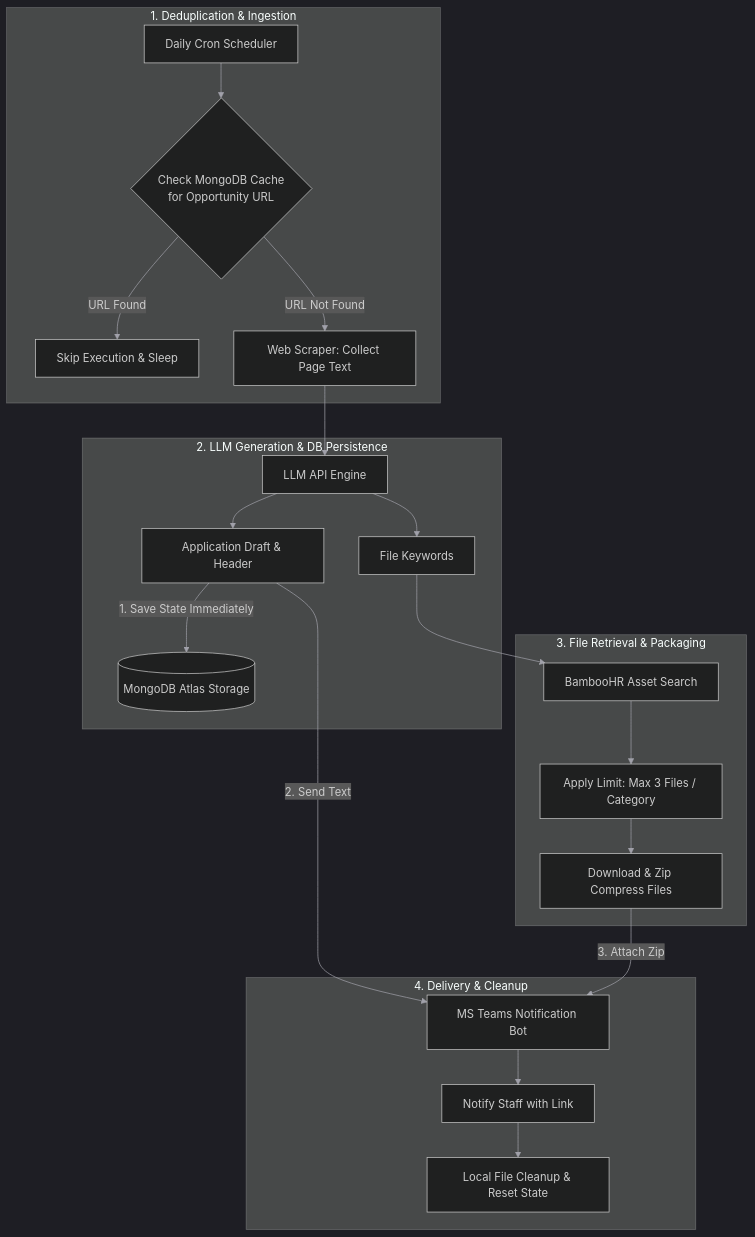
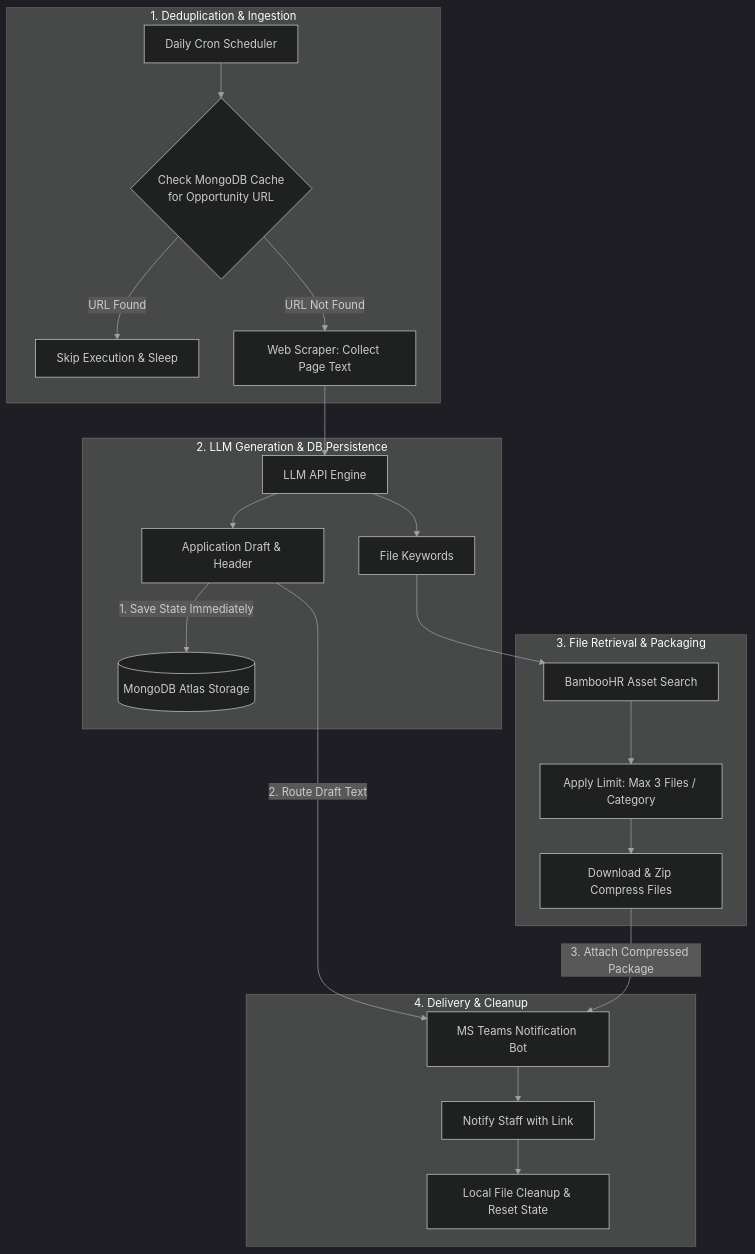
Before and after one commit to wevans02/Meta-Employment-Services-Internship: the diagram in Agentic-AI-system/README.md, drawn with Mermaid.

Commit message:
updated formatting

````diff
--- a/Agentic-AI-system/README.md
+++ b/Agentic-AI-system/README.md
@@ -7,33 +7,39 @@
 ```mermaid
 %%{init: { 'theme': 'dark', 'themeVariables': { 'lineColor': '#a1a1aa', 'labelColor': '#ffffff', 'primaryColor': '#1e293b', 'primaryTextColor': '#ffffff', 'actorLineColor': '#ffffff' }}}%%
 graph TD
-    %% Step 1: Trigger & Cache Check
+    %% Step 1
     subgraph Step1 [1. Deduplication & Ingestion]
         Start[Daily Cron Scheduler] --> CheckCache{Check MongoDB Cache<br/>for Opportunity URL}
         CheckCache -->|URL Found| Skip[Skip Execution & Sleep]
         CheckCache -->|URL Not Found| Scraper[Web Scraper: Collect Page Text]
     end
 
-    %% Step 2: Generation & State Persistence
+    %% Connection 1 -> 2
+    Scraper --> LLM
+
+    %% Step 2
     subgraph Step2 [2. LLM Generation & DB Persistence]
-        Scraper --> LLM[LLM API Engine]
-        LLM --> Draft[Application Draft & Header]
+        LLM[LLM API Engine] --> Draft[Application Draft & Header]
         LLM --> Keywords[File Keywords]
         Draft -->|1. Save State Immediately| Mongo[(MongoDB Atlas Storage)]
     end
 
-    %% Step 3: Asset Retrieval & Compression
+    %% Connection 2 -> 3 (Forces Step 3 directly below Step 2)
+    Keywords --> Bamboo
+
+    %% Step 3
     subgraph Step3 [3. File Retrieval & Packaging]
-        Keywords --> Bamboo[BambooHR Asset Search]
-        Bamboo --> Limit[Apply Limit: Max 3 Files / Category]
+        Bamboo[BambooHR Asset Search] --> Limit[Apply Limit: Max 3 Files / Category]
         Limit --> Zip[Download & Zip Compress Files]
     end
 
-    %% Step 4: Notification & Cleanup
+    %% Connections 2/3 -> 4 (Forces Step 4 directly below Step 3)
+    Draft -->|2. Route Draft Text| Teams
+    Zip -->|3. Attach Compressed Package| Teams
+
+    %% Step 4
     subgraph Step4 [4. Delivery & Cleanup]
-        Draft -->|2. Send Text| Teams[MS Teams Notification Bot]
-        Zip -->|3. Attach Zip| Teams
-        Teams --> Notify[Notify Staff with Link]
+        Teams[MS Teams Notification Bot] --> Notify[Notify Staff with Link]
         Notify --> Cleanup[Local File Cleanup & Reset State]
     end
 ```
````
